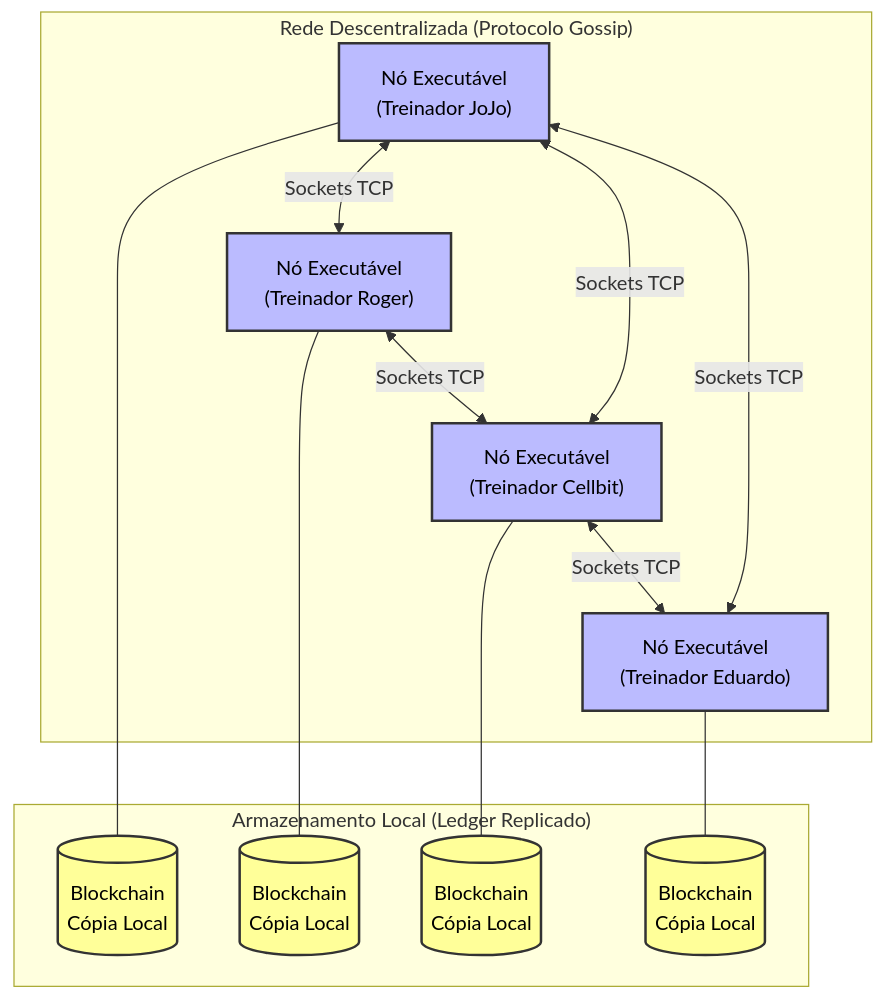
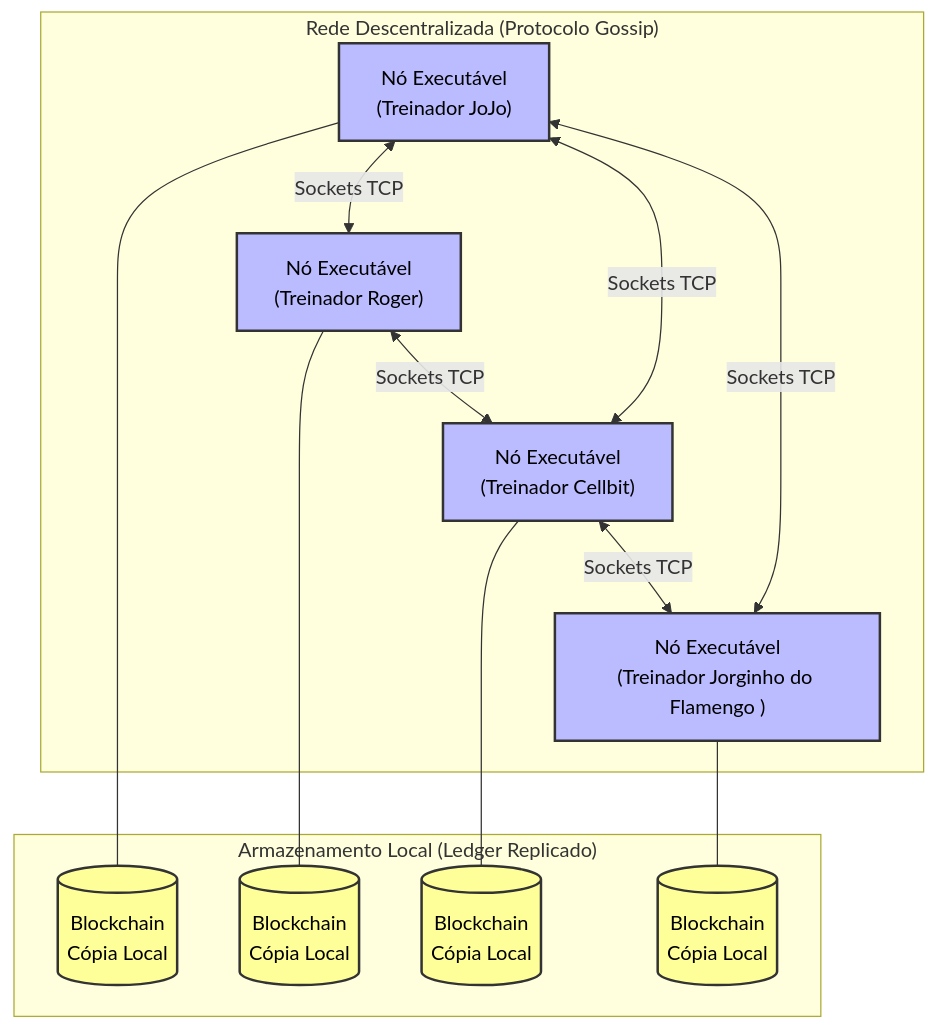
Before and after one commit to DuAlmeida995/PokEach: the diagram in README.md, drawn with Mermaid.

````diff
--- a/README.md
+++ b/README.md
@@ -30,33 +30,33 @@
 ```mermaid
 graph TD
     %% Estilos
     classDef node fill:#bbf,stroke:#333,stroke-width:2px,color:#000;
     classDef ledger fill:#ff9,stroke:#333,stroke-width:2px,color:#000;
 
     subgraph Rede P2P ["Rede Descentralizada (Protocolo Gossip)"]
         N1["Nó Executável<br>(Treinador JoJo)"]:::node
         N2["Nó Executável<br>(Treinador Roger)"]:::node
         N3["Nó Executável<br>(Treinador Cellbit)"]:::node
-        N4["Nó Executável<br>(Treinador Eduardo)"]:::node
+        N4["Nó Executável<br>(Treinador Jorginho do Flamengo )"]:::node
         
         %% Conexões Diretas (Sockets)
         N1 <-->|Sockets TCP| N2
         N2 <-->|Sockets TCP| N3
         N3 <-->|Sockets TCP| N4
         N4 <-->|Sockets TCP| N1
         N1 <-->|Sockets TCP| N3
     end
 
     subgraph Storage ["Armazenamento Local (Ledger Replicado)"]
         L1[("Blockchain<br>Cópia Local")]:::ledger
         L2[("Blockchain<br>Cópia Local")]:::ledger
         L3[("Blockchain<br>Cópia Local")]:::ledger
         L4[("Blockchain<br>Cópia Local")]:::ledger
     end
 
     %% Conexões Nó -> Banco Local
     N1 --- L1
     N2 --- L2
     N3 --- L3
     N4 --- L4
 ```
````
